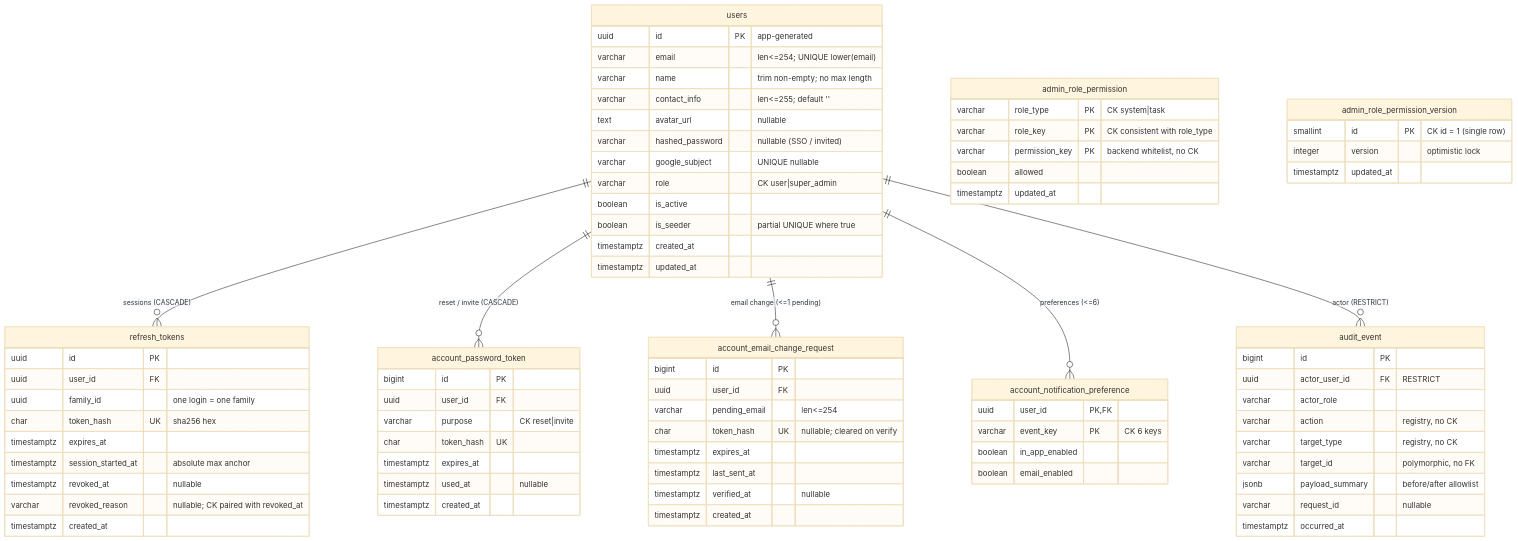
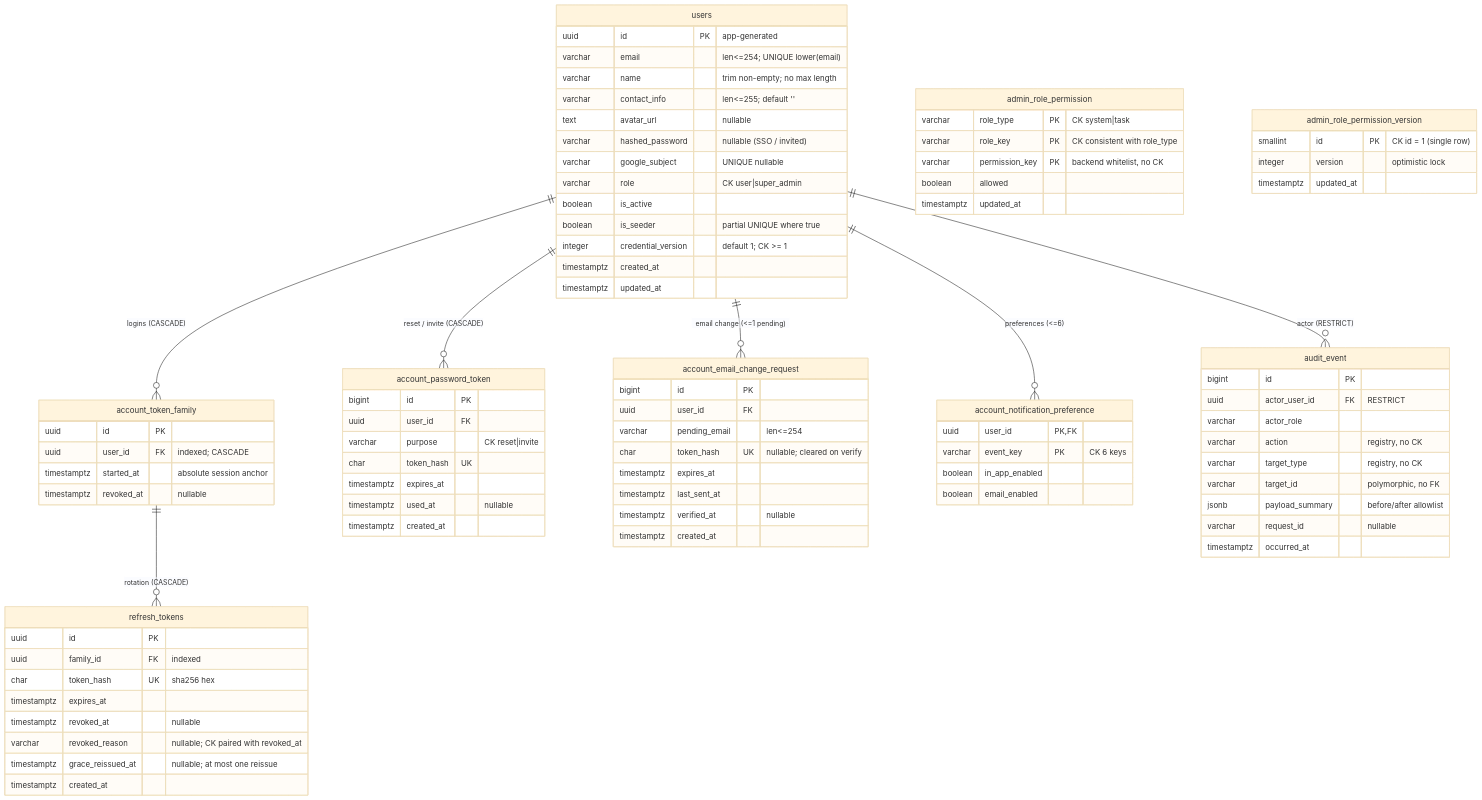
Before and after one commit to singyichen/label-suite: the diagram in docs/diagrams/architecture/account-admin-db-schema.md, drawn with Mermaid (base theme). The commit also changed other lines of this file and 4 other files, not shown here.

```diff
--- a/docs/diagrams/architecture/account-admin-db-schema.md
+++ b/docs/diagrams/architecture/account-admin-db-schema.md
@@ -42,18 +44,24 @@
         varchar role "CK user|super_admin"
         boolean is_active
         boolean is_seeder "partial UNIQUE where true"
+        integer credential_version "default 1; CK >= 1"
         timestamptz created_at
         timestamptz updated_at
     }
+    account_token_family {
+        uuid id PK
+        uuid user_id FK "indexed; CASCADE"
+        timestamptz started_at "absolute session anchor"
+        timestamptz revoked_at "nullable"
+    }
     refresh_tokens {
         uuid id PK
-        uuid user_id FK
-        uuid family_id "one login = one family"
+        uuid family_id FK "indexed"
         char token_hash UK "sha256 hex"
         timestamptz expires_at
-        timestamptz session_started_at "absolute max anchor"
         timestamptz revoked_at "nullable"
         varchar revoked_reason "nullable; CK paired with revoked_at"
+        timestamptz grace_reissued_at "nullable; at most one reissue"
         timestamptz created_at
     }
     account_password_token {
@@ -105,7 +113,8 @@
         timestamptz updated_at
     }
 
-    users ||--o{ refresh_tokens : "sessions (CASCADE)"
+    users ||--o{ account_token_family : "logins (CASCADE)"
+    account_token_family ||--o{ refresh_tokens : "rotation (CASCADE)"
     users ||--o{ account_password_token : "reset / invite (CASCADE)"
     users ||--o{ account_email_change_request : "email change (<=1 pending)"
     users ||--o{ account_notification_preference : "preferences (<=6)"
```
